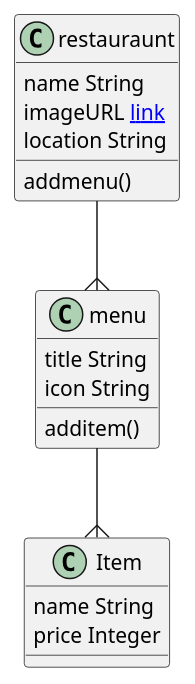
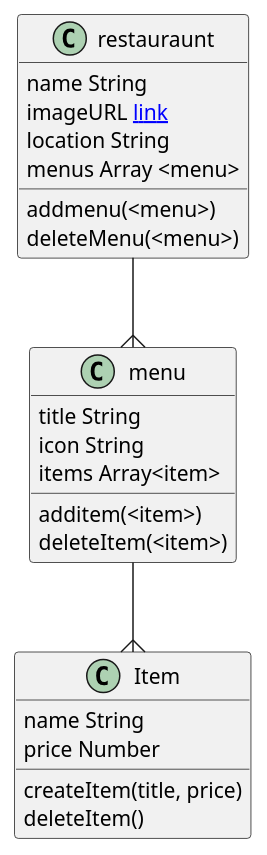
Before and after one commit to RachaelSmethills/Restauraunt: the diagram in diagram.wsd, drawn with PlantUML. The commit also changed 8 other files, not shown here.

```diff
--- a/diagram.wsd
+++ b/diagram.wsd
@@ -1,24 +1,30 @@
 @startuml Restauraunt
 Class restauraunt {
     name String
     imageURL [[ link]]
     location String
-    addmenu()
+    menus Array <menu>
+    addmenu(<menu>)
+    deleteMenu(<menu>)
 }
 
 Class menu {
     title String
     icon String
-    additem()
+    items Array<item>
+    additem(<item>)
+    deleteItem(<item>)
 }
 
 Class Item {
     name String
-    price Integer
+    price Number
+    createItem(title, price)
+    deleteItem()
 }
 
 restauraunt --{menu
 menu --{Item
 
 
 @enduml
```
